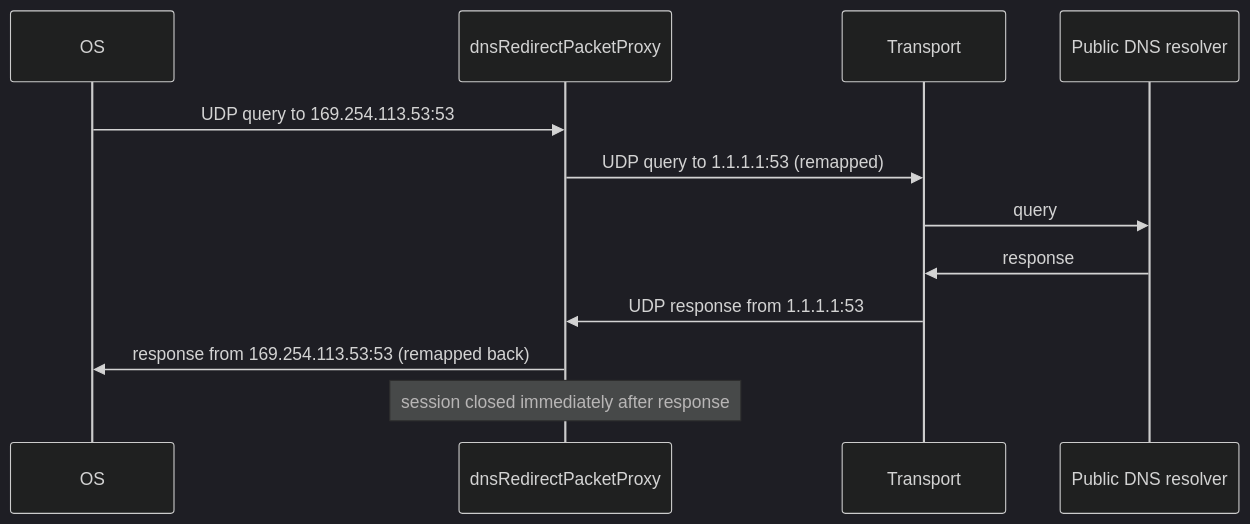
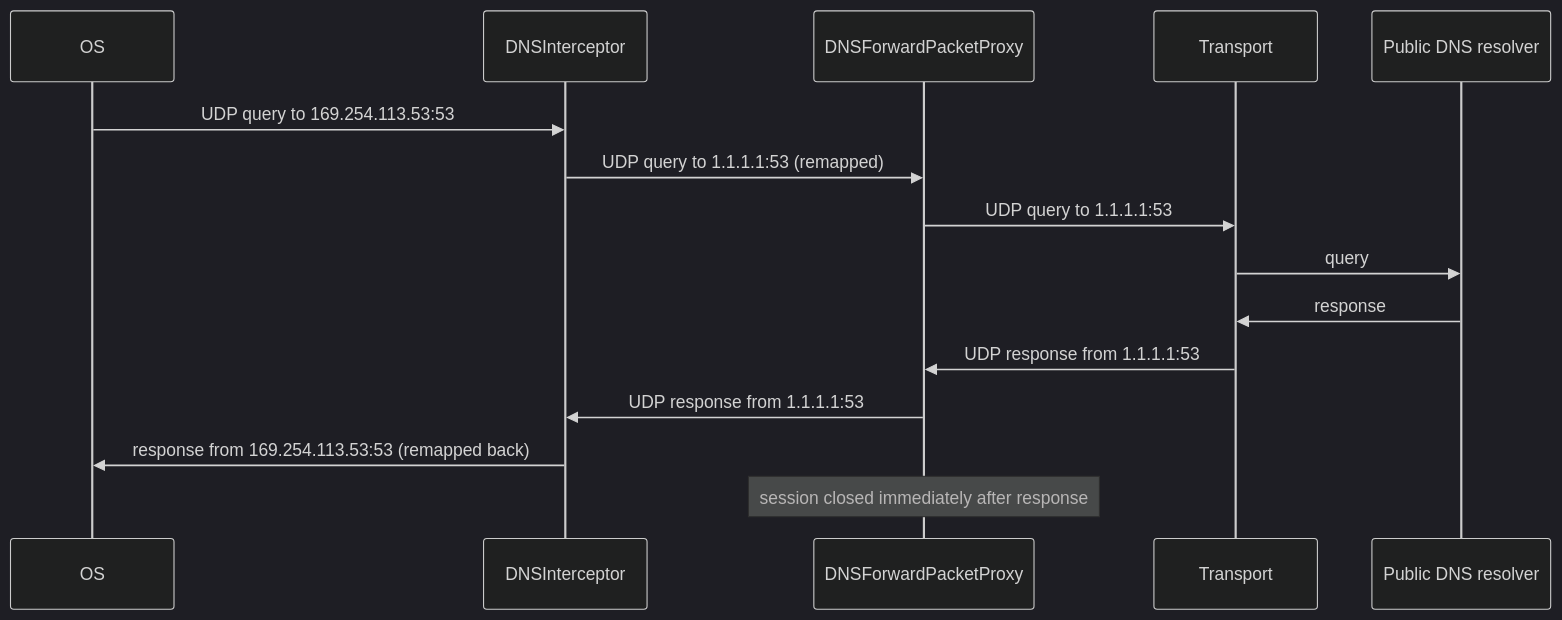
One commit to OutlineFoundation/outline-apps changed the third of 4 diagrams in client/go/outline/dnsintercept/README.md. Above: the diagram before and after it, drawn with Mermaid (dark theme). The commit also changed other lines of this file and 7 other files, not shown here.

````diff
--- a/client/go/outline/dnsintercept/README.md
+++ b/client/go/outline/dnsintercept/README.md
@@ -70,15 +93,18 @@
 ```mermaid
 sequenceDiagram
     participant OS
-    participant dnsRedirectPacketProxy
+    participant Interceptor as DNSInterceptor
+    participant Forward as DNSForwardPacketProxy
     participant Transport
     participant Resolver as Public DNS resolver
 
-    OS->>dnsRedirectPacketProxy: UDP query to 169.254.113.53:53
-    dnsRedirectPacketProxy->>Transport: UDP query to 1.1.1.1:53 (remapped)
+    OS->>Interceptor: UDP query to 169.254.113.53:53
+    Interceptor->>Forward: UDP query to 1.1.1.1:53 (remapped)
+    Forward->>Transport: UDP query to 1.1.1.1:53
     Transport->>Resolver: query
     Resolver->>Transport: response
-    Transport->>dnsRedirectPacketProxy: UDP response from 1.1.1.1:53
-    dnsRedirectPacketProxy->>OS: response from 169.254.113.53:53 (remapped back)
-    Note over dnsRedirectPacketProxy: session closed immediately after response
+    Transport->>Forward: UDP response from 1.1.1.1:53
+    Forward->>Interceptor: UDP response from 1.1.1.1:53
+    Interceptor->>OS: response from 169.254.113.53:53 (remapped back)
+    Note over Forward: session closed immediately after response
 ```
````
